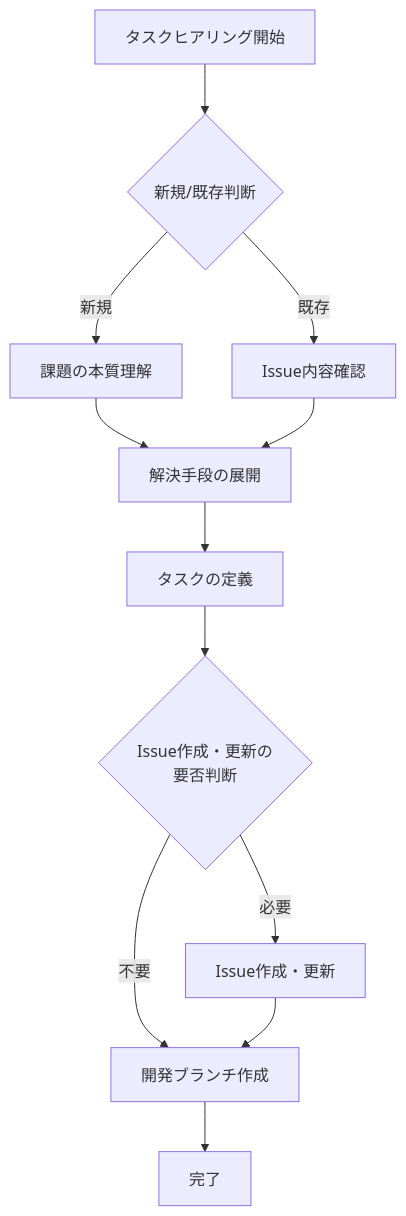
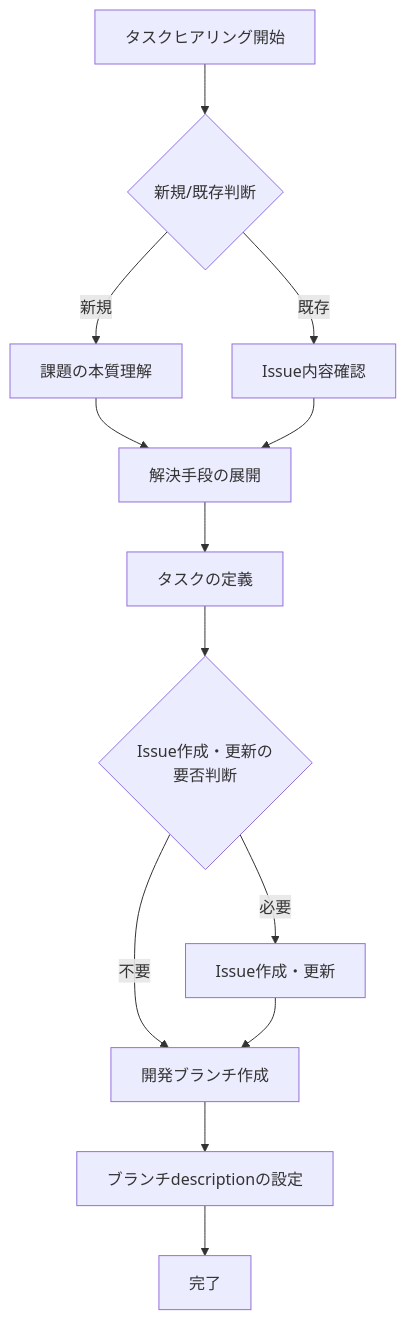
The diagram in .clinerules/TASK_INTERVIEW.md (MasatoMakino/pixijs-basic-scrollbar), drawn with Mermaid before and after one commit. The commit also changed other lines of this file and 1 other file, not shown here.

````diff
--- a/.clinerules/TASK_INTERVIEW.md
+++ b/.clinerules/TASK_INTERVIEW.md
@@ -59,18 +59,19 @@
 ```mermaid
 graph TD
     Start[タスクヒアリング開始] --> A{新規/既存判断}
     A -->|新規| B[課題の本質理解]
     A -->|既存| C[Issue内容確認]
 
     B --> D[解決手段の展開]
     C --> D
 
     D --> E[タスクの定義]
     E --> F{Issue作成・更新の<br/>要否判断}
 
     F -->|必要| G[Issue作成・更新]
     F -->|不要| H[開発ブランチ作成]
     G --> H
 
-    H --> End[完了]
+    H --> I[ブランチdescriptionの設定]
+    I --> End[完了]
 ```
````
